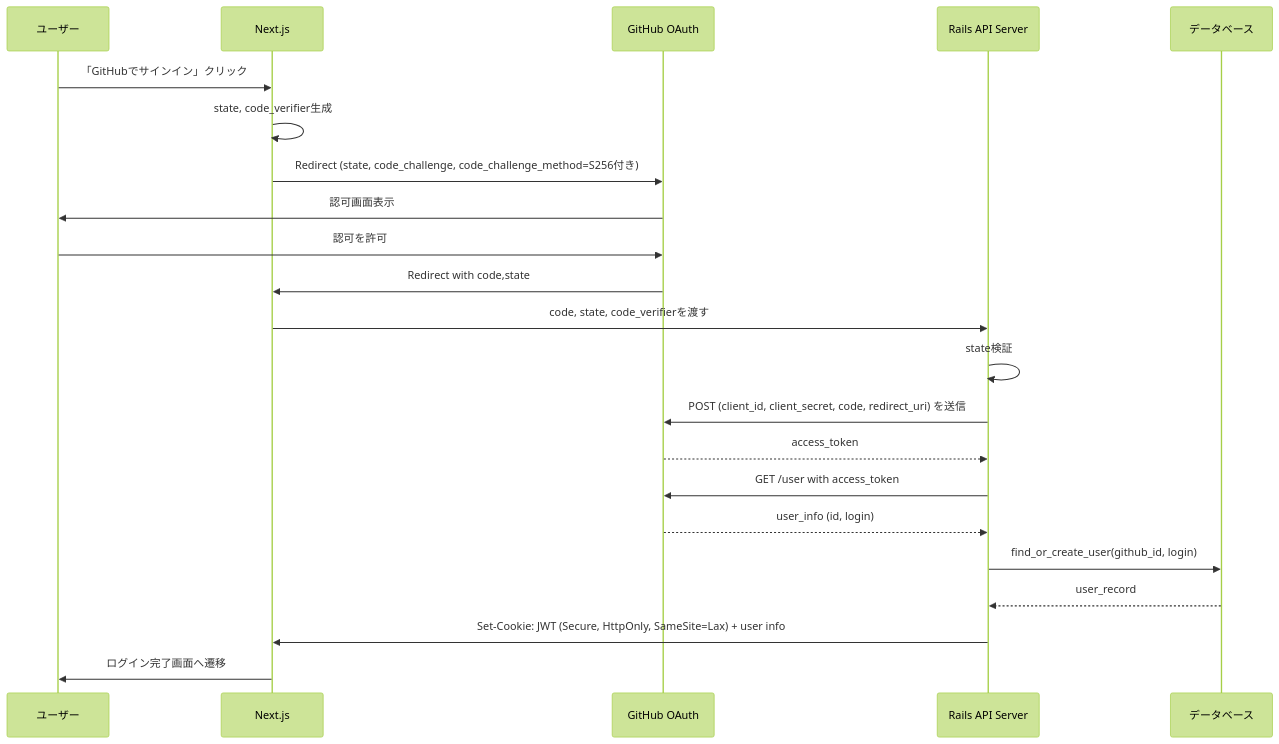
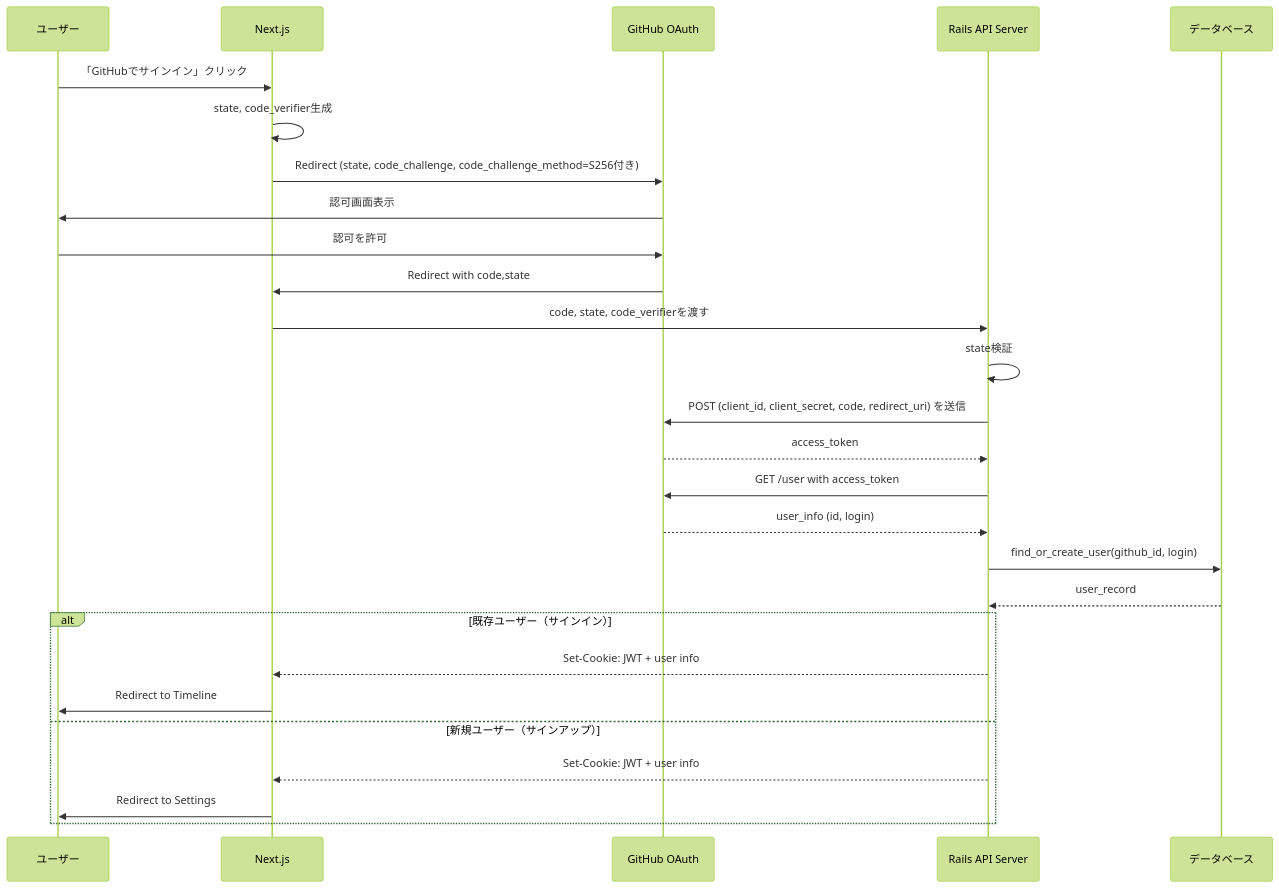
One commit to tsukuneA1/git-feed changed the diagram in signin-sequence.md. Above: the diagram before and after it, drawn with Mermaid (forest theme).

Commit message:
サインインとサインアップ時のリダイレクト先を明示

````diff
--- a/signin-sequence.md
+++ b/signin-sequence.md
@@ -1,25 +1,30 @@
 ```mermaid
 sequenceDiagram
     participant User as ユーザー
     participant Frontend as Next.js
     participant GitHub as GitHub OAuth
     participant API as Rails API Server
     participant DB as データベース
 
     User ->> Frontend: 「GitHubでサインイン」クリック
     Frontend ->> Frontend: state, code_verifier生成
     Frontend ->> GitHub: Redirect (state, code_challenge, code_challenge_method=S256付き)
     GitHub ->> User: 認可画面表示
     User ->> GitHub: 認可を許可
     GitHub ->> Frontend: Redirect with code,state
     Frontend ->> API: code, state, code_verifierを渡す
     API ->> API: state検証
     API ->> GitHub: POST (client_id, client_secret, code, redirect_uri) を送信
     GitHub -->> API: access_token
     API ->> GitHub: GET /user with access_token
     GitHub -->> API: user_info (id, login)
     API ->> DB: find_or_create_user(github_id, login)
     DB -->> API: user_record
-    API ->> Frontend: Set-Cookie: JWT (Secure, HttpOnly, SameSite=Lax) + user info
-    Frontend ->> User: ログイン完了画面へ遷移
+    alt 既存ユーザー（サインイン）
+        API -->> Frontend: Set-Cookie: JWT + user info
+        Frontend ->> User: Redirect to Timeline
+    else 新規ユーザー（サインアップ）
+        API -->> Frontend: Set-Cookie: JWT + user info
+        Frontend ->> User: Redirect to Settings
+    end
 ```
````
